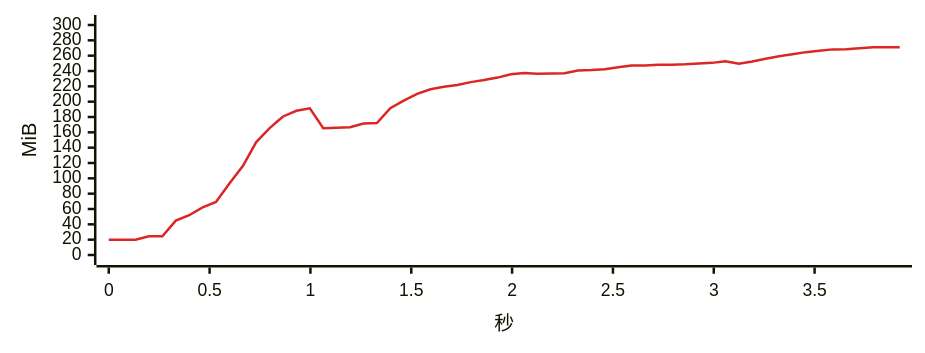
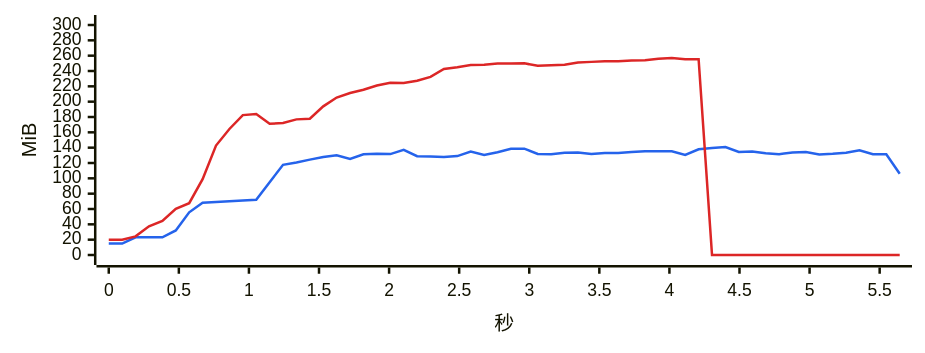
One commit to 334456777/WeFlow changed the sixth of 17 diagrams in bench/v4.1.0/summary.md. Above: the diagram before and after it, drawn with Mermaid. The commit also changed other lines of this file and 3 other files, not shown here.

````diff
--- a/bench/v4.1.0/summary.md
+++ b/bench/v4.1.0/summary.md
@@ -339,7 +342,8 @@
 ```mermaid
-%%{init: {"xyChart": {"width": 720, "height": 260}, "themeVariables": {"xyChart": {"plotColorPalette": "#dc2626"}}}}%%
+%%{init: {"xyChart": {"width": 720, "height": 260}, "themeVariables": {"xyChart": {"plotColorPalette": "#2563eb, #dc2626"}}}}%%
 xychart-beta
-    x-axis "秒" 0 --> 3.922
+    x-axis "秒" 0 --> 5.643
     y-axis "MiB" 0 --> 300
-    line [19.9, 19.9, 19.9, 24.3, 24.3, 44.9, 51.9, 62.0, 69.2, 93.3, 116.0, 147.3, 165.6, 180.7, 188.1, 191.4, 165.3, 166.0, 166.6, 171.5, 172.1, 191.4, 201.3, 210.1, 216.1, 219.4, 221.7, 225.5, 228.2, 231.4, 235.8, 237.3, 236.4, 236.8, 237.1, 240.7, 241.2, 242.2, 244.9, 247.1, 247.3, 248.0, 248.0, 248.7, 249.9, 250.6, 252.6, 249.5, 252.5, 256.0, 259.2, 261.8, 264.6, 266.4, 268.2, 268.5, 269.7, 271.1, 271.1, 271.0]
+    line [14.9, 14.9, 23.1, 23.1, 23.1, 32.0, 55.7, 68.1, 69.2, 70.0, 71.1, 72.1, 95.0, 117.6, 120.7, 124.4, 127.8, 130.0, 125.2, 131.4, 132.0, 131.6, 137.1, 128.8, 128.4, 127.7, 129.0, 134.9, 130.4, 134.1, 138.5, 138.7, 131.8, 131.5, 133.5, 133.6, 131.8, 132.9, 133.0, 134.2, 135.4, 135.3, 135.3, 130.5, 137.9, 139.6, 140.8, 134.4, 135.1, 132.6, 131.5, 133.7, 134.2, 131.2, 132.1, 133.4, 136.6, 131.4, 131.5, 105.9]
+    line [19.9, 19.9, 24.3, 37.4, 44.3, 60.1, 67.6, 98.9, 142.8, 164.4, 182.5, 183.9, 171.1, 172.1, 176.9, 177.8, 193.9, 205.4, 211.3, 215.6, 221.1, 224.8, 224.3, 227.3, 232.4, 242.7, 245.0, 247.9, 248.3, 249.7, 249.8, 250.0, 246.8, 247.6, 248.1, 251.0, 251.9, 252.6, 252.6, 253.8, 254.1, 255.9, 256.8, 255.4, 255.4, 0.0, 0.0, 0.0, 0.0, 0.0, 0.0, 0.0, 0.0, 0.0, 0.0, 0.0, 0.0, 0.0, 0.0, 0.0]
 ```
````
